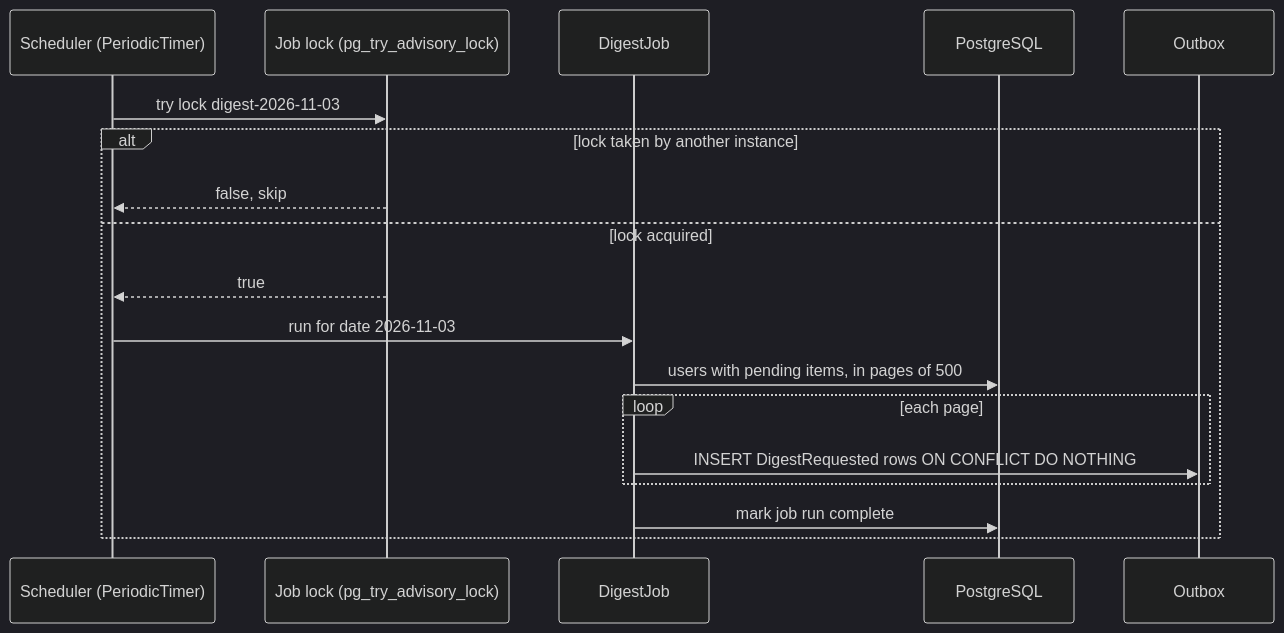
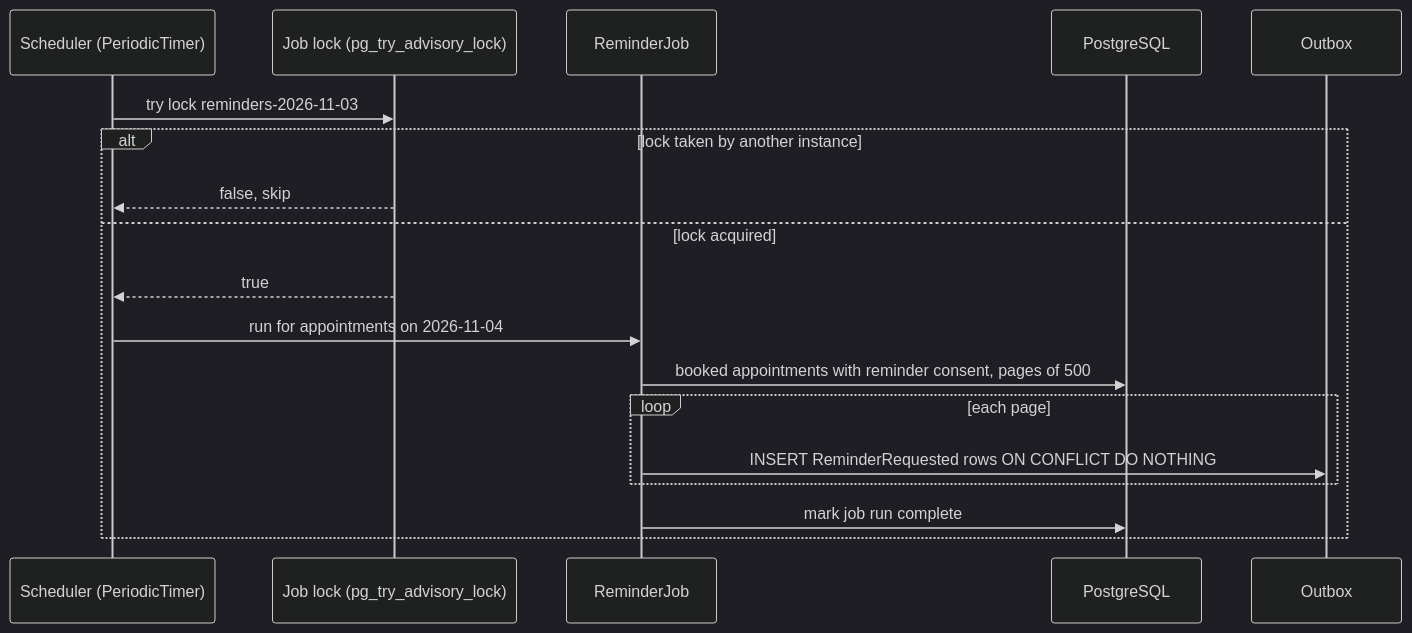
The fifth of 6 diagrams in content/lessons/m20/m20-capstone-a.md (rizwi0786/system-design-lab), drawn with Mermaid (dark theme) before and after one commit. The commit also changed other lines of this file and 334 other files, not shown here.

````diff
--- a/content/lessons/m20/m20-capstone-a.md
+++ b/content/lessons/m20/m20-capstone-a.md
@@ -261,20 +302,20 @@
 ```mermaid
 sequenceDiagram
     participant S as Scheduler (PeriodicTimer)
     participant L as Job lock (pg_try_advisory_lock)
-    participant J as DigestJob
+    participant J as ReminderJob
     participant DB as PostgreSQL
     participant O as Outbox
-    S->>L: try lock digest-2026-11-03
+    S->>L: try lock reminders-2026-11-03
     alt lock taken by another instance
         L-->>S: false, skip
     else lock acquired
         L-->>S: true
-        S->>J: run for date 2026-11-03
-        J->>DB: users with pending items, in pages of 500
+        S->>J: run for appointments on 2026-11-04
+        J->>DB: booked appointments with reminder consent, pages of 500
         loop each page
-            J->>O: INSERT DigestRequested rows ON CONFLICT DO NOTHING
+            J->>O: INSERT ReminderRequested rows ON CONFLICT DO NOTHING
         end
         J->>DB: mark job run complete
     end
 ```
````
